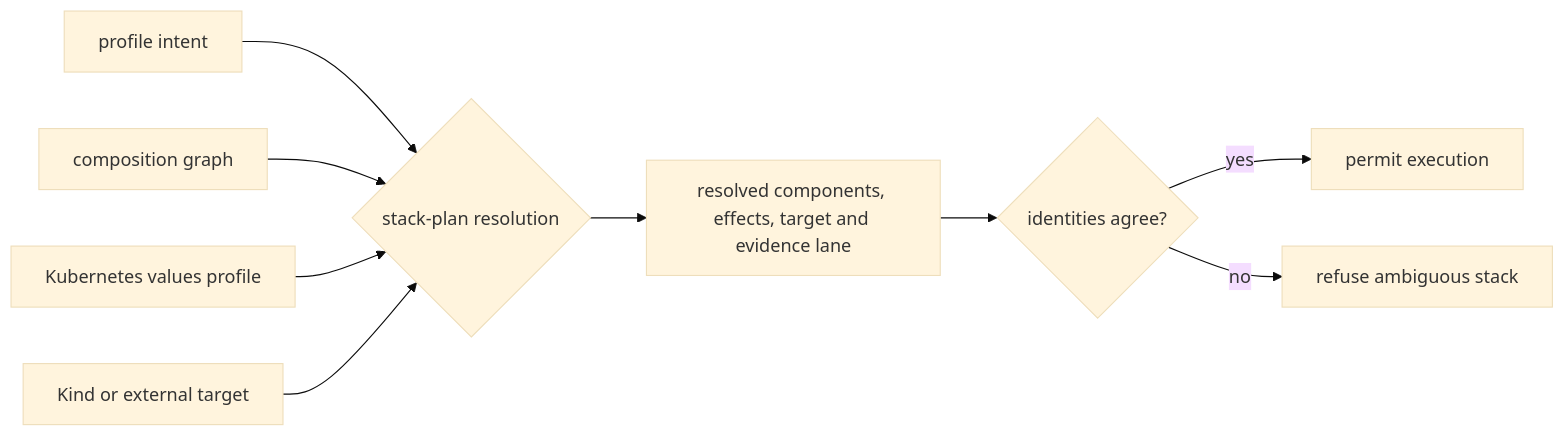
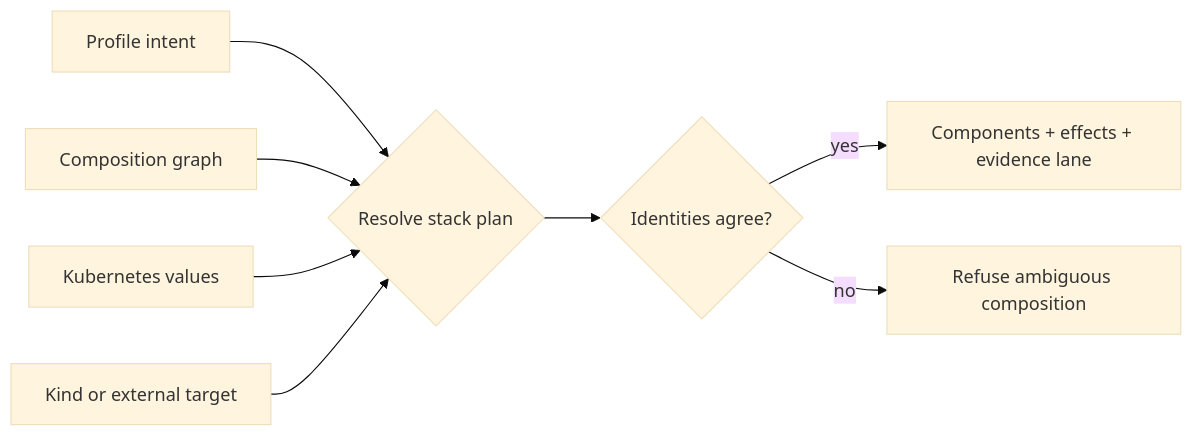
Before and after one commit to bijux/bijux-atlas: the first of 2 diagrams in docs/bijux-atlas-ops/stack/index.md, drawn with Mermaid (base theme). The commit also changed other lines of this file and 1 other file, not shown here.

````diff
--- a/docs/bijux-atlas-ops/stack/index.md
+++ b/docs/bijux-atlas-ops/stack/index.md
@@ -95,11 +33,10 @@
 ```mermaid
 flowchart LR
-    Intent[profile intent] --> Resolver{stack-plan resolution}
-    Composition[composition graph] --> Resolver
-    Values[Kubernetes values profile] --> Resolver
+    Intent[Profile intent] --> Resolver{Resolve stack plan}
+    Graph[Composition graph] --> Resolver
+    Values[Kubernetes values] --> Resolver
     Target[Kind or external target] --> Resolver
-    Resolver --> Plan[resolved components, effects, target and evidence lane]
-    Plan --> Guard{identities agree?}
-    Guard -->|yes| Execute[permit execution]
-    Guard -->|no| Refuse[refuse ambiguous stack]
+    Resolver --> Guard{Identities agree?}
+    Guard -->|yes| Plan[Components + effects + evidence lane]
+    Guard -->|no| Refuse[Refuse ambiguous composition]
 ```
````
